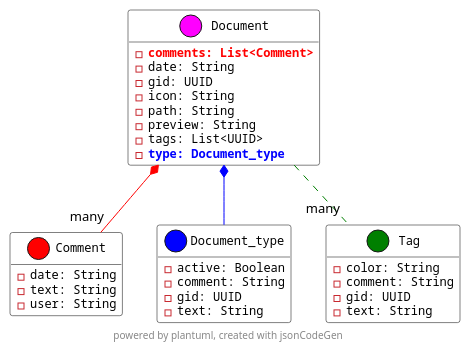
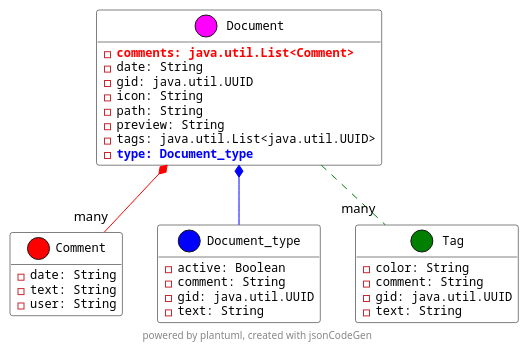
The diagram in docs/documents.puml (OkieOth/MongoDbTest), drawn with PlantUML before and after one commit. The commit also changed 9 other files, not shown here.

```diff
--- a/docs/documents.puml
+++ b/docs/documents.puml
@@ -2,52 +2,52 @@
 @startuml
 skinparam class {
 	BackgroundColor #FFFFFF
 	ArrowColor #000000
 	BorderColor #000000
 	BorderColor<<InnerType>> #777777
 	BackgroundColor<<InnerType>> #EEEEEE
 	FontName Courier
 	FontSize 12
 }
 skinparam note {
 	BackgroundColor #dedede
 	BorderColor #000000
 	FontSize 10
 }
 skinparam classAttribute {
 	FontName Courier
 	FontSize 12
 }
 class Comment  << ( ,#ff0000) >> {
     -date: String
     -text: String
     -user: String
 }
 class Document  << ( ,#ff00ff) >> {
-    -<color:#ff0000 ><b>comments: List<Comment></b></color>
+    -<color:#ff0000 ><b>comments: java.util.List<Comment></b></color>
     -date: String
-    -gid: UUID
+    -gid: java.util.UUID
     -icon: String
     -path: String
     -preview: String
-    -tags: List<UUID>
+    -tags: java.util.List<java.util.UUID>
     -<color:#0000ff ><b>type: Document_type</b></color>
 }
 class Document_type  << ( ,#0000ff) >> {
     -active: Boolean
     -comment: String
-    -gid: UUID
+    -gid: java.util.UUID
     -text: String
 }
 class Tag  << ( ,#007f00) >> {
     -color: String
     -comment: String
-    -gid: UUID
+    -gid: java.util.UUID
     -text: String
 }
 hide methods
 Document *-- "many" Comment #ff0000
             Document .. "many" Tag #007f00
 Document *--  Document_type #0000ff
 footer powered by plantuml, created with jsonCodeGen
 @enduml
```
